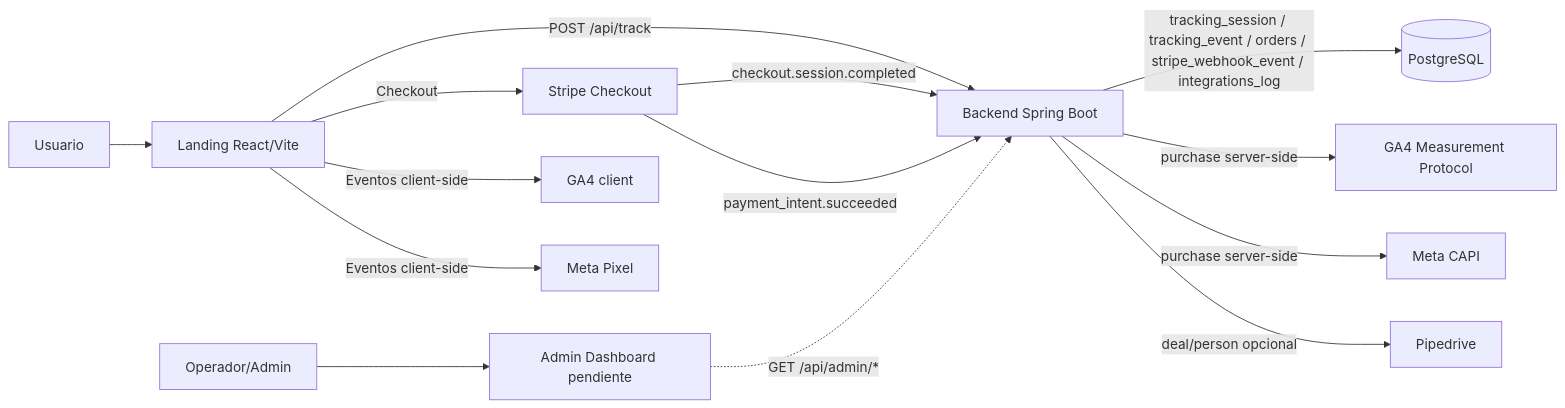
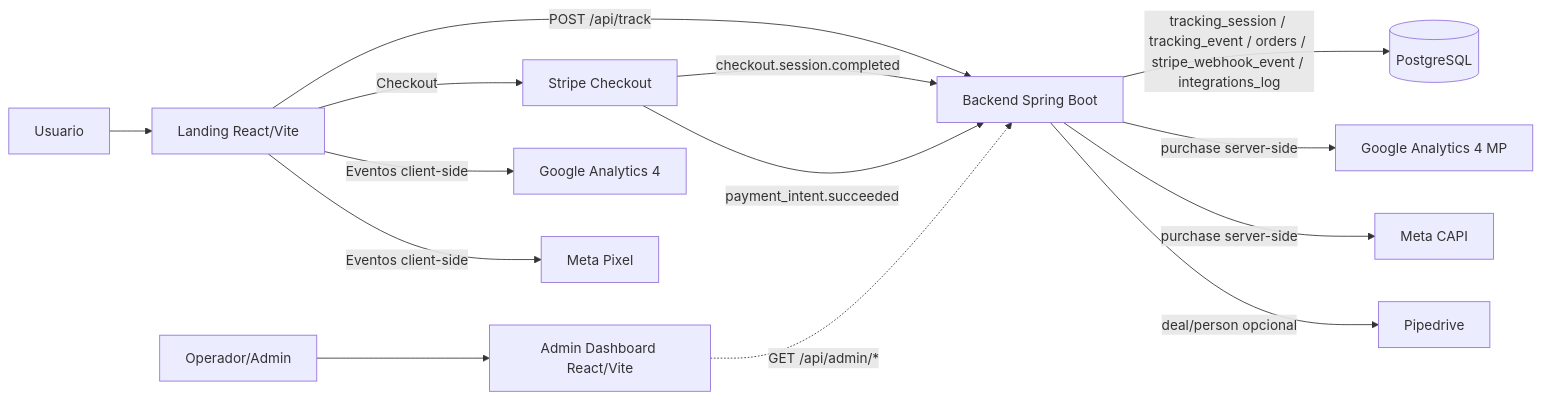
The first of 2 diagrams in infra/arquitectura_end-to-end.md (No-Country-simulation/S02-26-Equipo-15-Web-App-Development), drawn with Mermaid before and after one commit. The commit also changed other lines of this file and 7 other files, not shown here.

Commit message:
docs: update architecture, BDD, and business context

````diff
--- a/infra/arquitectura_end-to-end.md
+++ b/infra/arquitectura_end-to-end.md
@@ -16,20 +16,20 @@
 ```mermaid
 flowchart LR
   U[Usuario] --> L[Landing React/Vite]
-  A[Operador/Admin] --> AD[Admin Dashboard pendiente]
+  A[Operador/Admin] --> AD[Admin Dashboard React/Vite]
   L -->|POST /api/track| API[Backend Spring Boot]
   L -->|Checkout| ST[Stripe Checkout]
   AD -.->|GET /api/admin/*| API
 
   ST -->|checkout.session.completed| API
   ST -->|payment_intent.succeeded| API
 
   API -->|tracking_session / tracking_event / orders / stripe_webhook_event / integrations_log| DB[(PostgreSQL)]
 
-  L -->|Eventos client-side| GAC[GA4 client]
+  L -->|Eventos client-side| GAC[Google Analytics 4]
   L -->|Eventos client-side| MPC[Meta Pixel]
 
-  API -->|purchase server-side| GAMPS[GA4 Measurement Protocol]
+  API -->|purchase server-side| GA4MP[Google Analytics 4 MP]
   API -->|purchase server-side| MCAPI[Meta CAPI]
   API -->|deal/person opcional| PD[Pipedrive]
 ```
````
